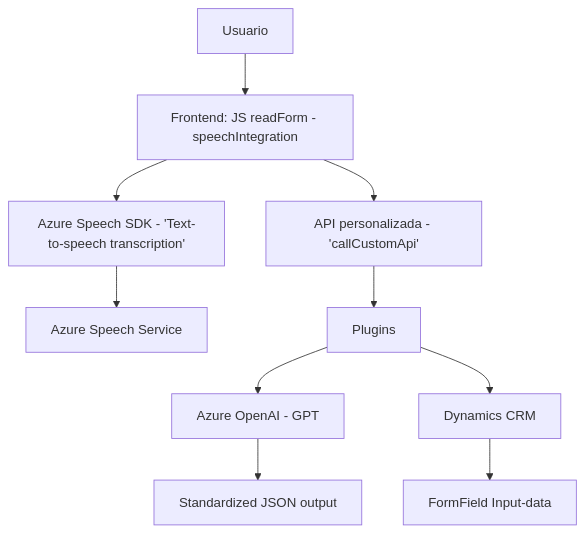
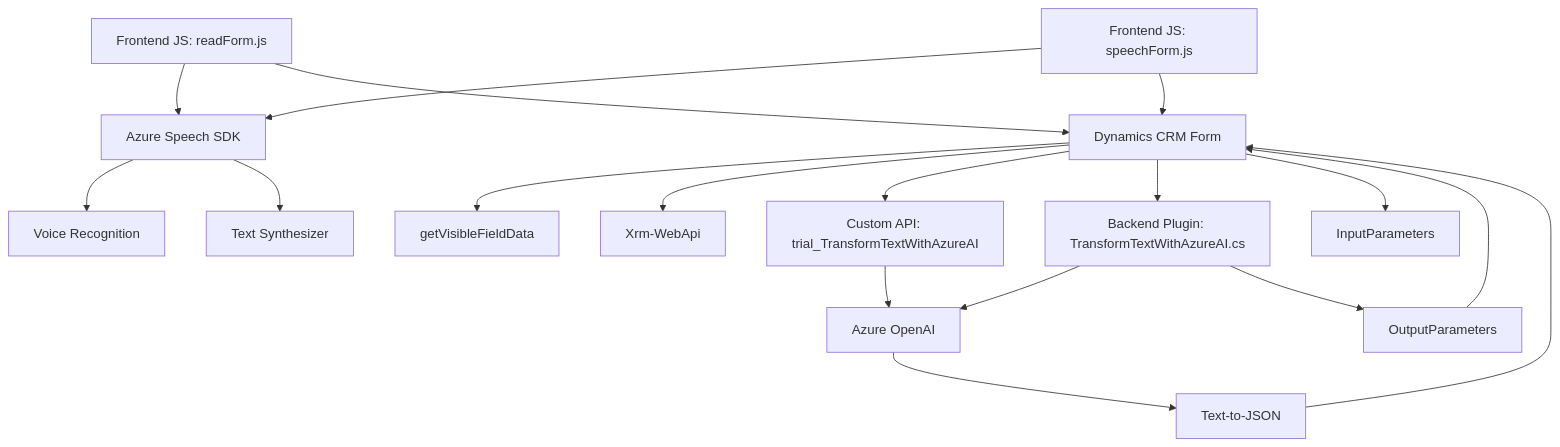
The diagram in README.md (blopezdm/NETCORE_BILBAO2025), drawn with Mermaid before and after one commit. The commit also changed other lines of this file, not shown here.

````diff
--- a/README.md
+++ b/README.md
@@ -59,12 +70,22 @@
 ```mermaid
 graph TD
-    A["Usuario"] --> B["Frontend: JS readForm - speechIntegration"]
-    B --> C["Azure Speech SDK - 'Text-to-speech transcription'"]
-    B --> D["API personalizada - 'callCustomApi'"]
-    C --> E["Azure Speech Service"]
-    D --> F["Plugins"]
-    F --> G["Azure OpenAI - GPT"]
-    F --> H["Dynamics CRM"]
-    H --> J["FormField Input-data"]
-    G --> I["Standardized JSON output"]
+    A["Frontend JS: readForm.js"] --> B["Azure Speech SDK"]
+    A --> C["Dynamics CRM Form"]
+    B --> D["Voice Recognition"]
+    B --> E["Text Synthesizer"]
+    C --> F["getVisibleFieldData"]
+    C --> G["Xrm-WebApi"]
+
+    H["Frontend JS: speechForm.js"] --> B
+    H --> C
+    C --> I["Custom API: trial_TransformTextWithAzureAI"]
+    I --> J["Azure OpenAI"]
+    J --> K["Text-to-JSON"]
+    K --> C
+
+    C --> L["Backend Plugin: TransformTextWithAzureAI.cs"]
+    C --> M["InputParameters"]
+    L --> J
+    L --> N["OutputParameters"]
+    N --> C
 ```
````
